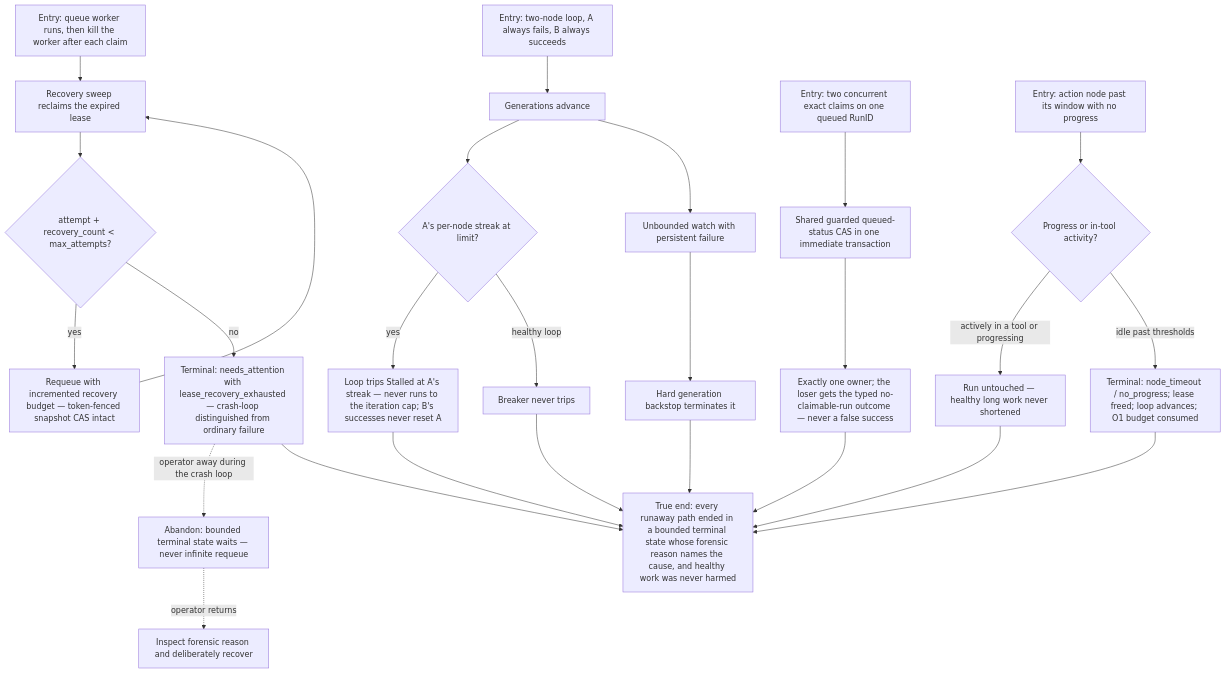
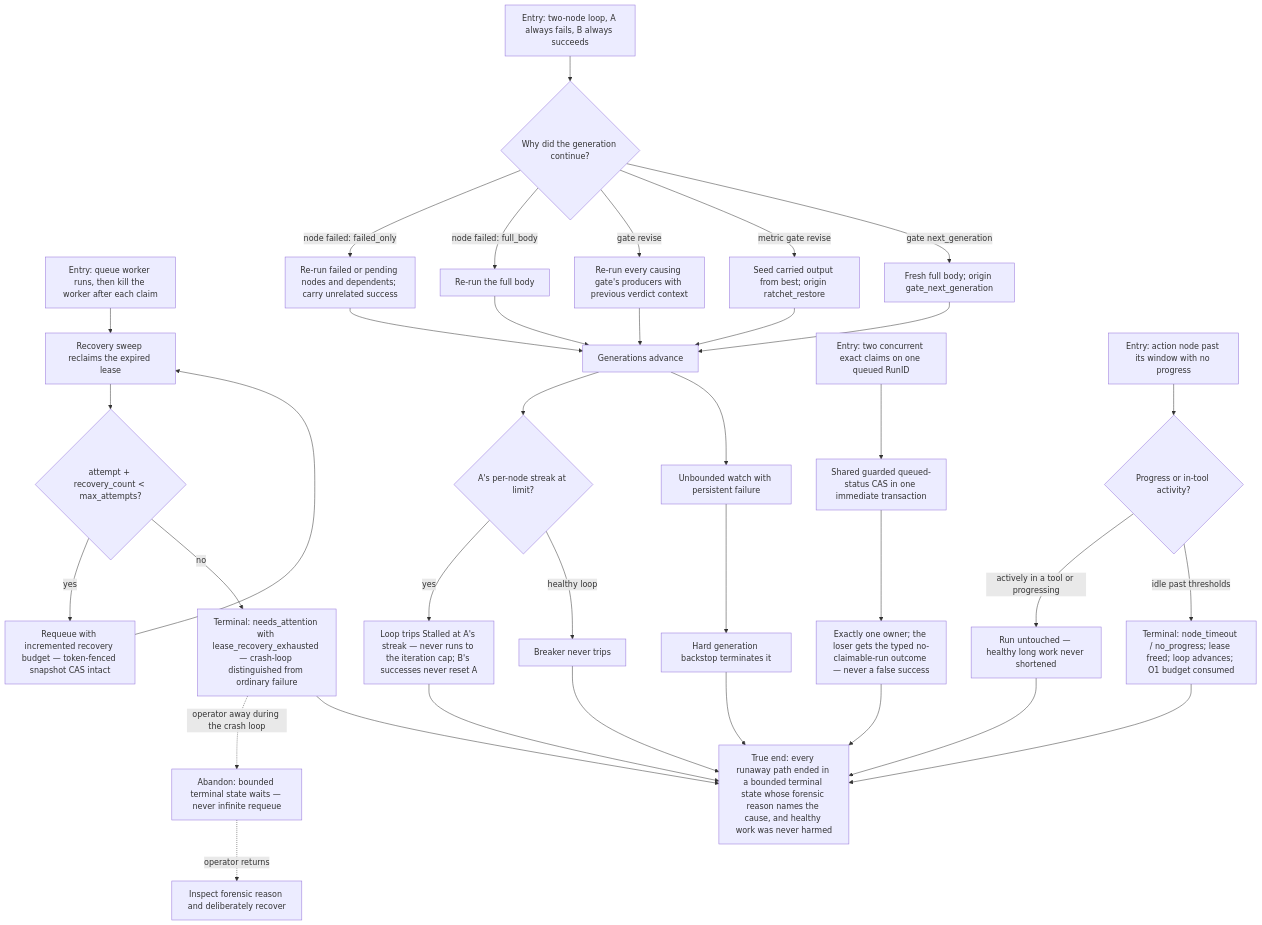
One commit to compozy/compozy changed the diagram in docs/qa/journeys/J-bound-runaway-work.md. Above: the diagram before and after it, drawn with Mermaid. The commit also changed other lines of this file and 232 other files, not shown here.

````diff
--- a/docs/qa/journeys/J-bound-runaway-work.md
+++ b/docs/qa/journeys/J-bound-runaway-work.md
@@ -10,27 +10,37 @@
 ```mermaid
 flowchart TD
     E1[Entry: queue worker runs, then kill the worker after each claim] --> O1[Recovery sweep reclaims the expired lease]
     O1 --> B{attempt + recovery_count < max_attempts?}
     B -->|yes| RQ[Requeue with incremented recovery budget — token-fenced snapshot CAS intact]
     RQ --> O1
     B -->|no| TX[Terminal: needs_attention with lease_recovery_exhausted — crash-loop distinguished from ordinary failure]
-    E2[Entry: two-node loop, A always fails, B always succeeds] --> GEN[Generations advance]
+    E2[Entry: two-node loop, A always fails, B always succeeds] --> CAUSE{Why did the generation continue?}
+    CAUSE -->|node failed: failed_only| PARTIAL[Re-run failed or pending nodes and dependents; carry unrelated success]
+    CAUSE -->|node failed: full_body| FRESH[Re-run the full body]
+    CAUSE -->|gate revise| REPAIR[Re-run every causing gate's producers with previous verdict context]
+    CAUSE -->|metric gate revise| RESTORE[Seed carried output from best; origin ratchet_restore]
+    CAUSE -->|gate next_generation| GNEXT[Fresh full body; origin gate_next_generation]
+    PARTIAL --> GEN[Generations advance]
+    FRESH --> GEN
+    REPAIR --> GEN
+    RESTORE --> GEN
+    GNEXT --> GEN
     GEN --> ST{A's per-node streak at limit?}
     ST -->|yes| STL[Loop trips Stalled at A's streak — never runs to the iteration cap; B's successes never reset A]
     ST -->|healthy loop| OKL[Breaker never trips]
     GEN --> WB[Unbounded watch with persistent failure] --> BSTOP[Hard generation backstop terminates it]
     E3[Entry: two concurrent exact claims on one queued RunID] --> CAS[Shared guarded queued-status CAS in one immediate transaction]
     CAS --> ONE[Exactly one owner; the loser gets the typed no-claimable-run outcome — never a false success]
     E4[Entry: action node past its window with no progress] --> LV{Progress or in-tool activity?}
     LV -->|actively in a tool or progressing| LIVE[Run untouched — healthy long work never shortened]
     LV -->|idle past thresholds| TO[Terminal: node_timeout / no_progress; lease freed; loop advances; O1 budget consumed]
     TX -.->|operator away during the crash loop| AB[Abandon: bounded terminal state waits — never infinite requeue]
     AB -.->|operator returns| INS[Inspect forensic reason and deliberately recover]
     STL --> TE[True end: every runaway path ended in a bounded terminal state whose forensic reason names the cause, and healthy work was never harmed]
     TX --> TE
     ONE --> TE
     TO --> TE
     BSTOP --> TE
     LIVE --> TE
     OKL --> TE
 ```
````
